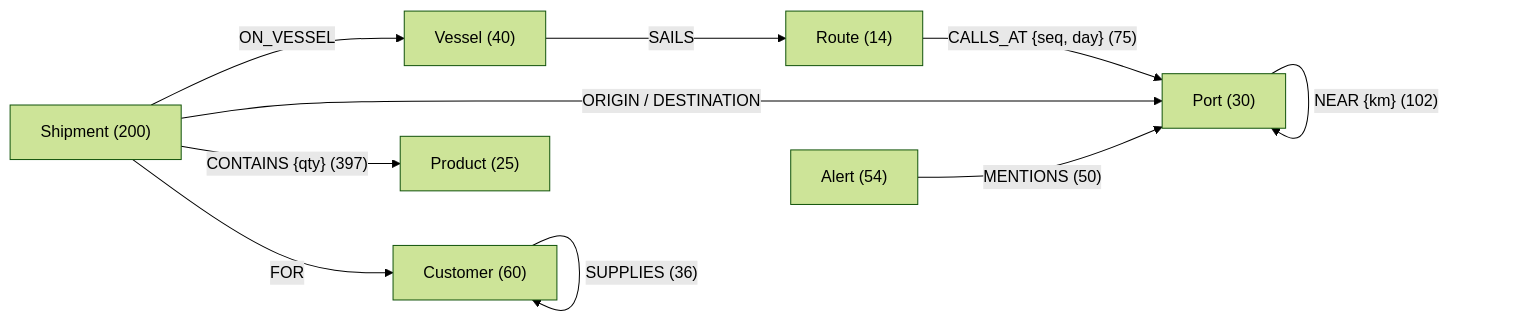
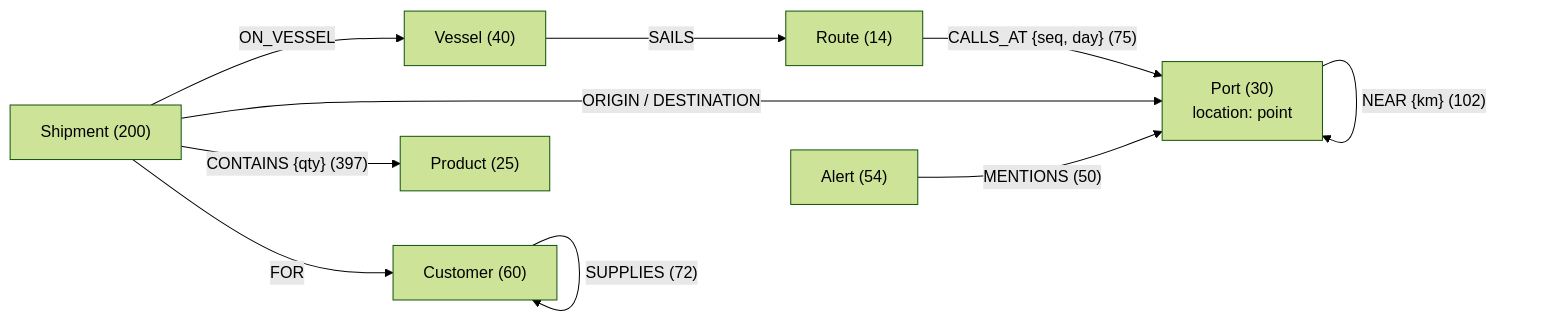
One commit to tballochi/ripple-supply-chain-agent changed the second of 2 diagrams in README.md. Above: the diagram before and after it, drawn with Mermaid (forest theme). The commit also changed other lines of this file and 1 other file, not shown here.

````diff
--- a/README.md
+++ b/README.md
@@ -84,12 +110,12 @@
 ```mermaid
 flowchart LR
     Shipment["Shipment (200)"] -->|ON_VESSEL| Vessel["Vessel (40)"]
     Vessel -->|SAILS| Route["Route (14)"]
-    Route -->|"CALLS_AT {seq, day} (75)"| Port["Port (30)"]
+    Route -->|"CALLS_AT {seq, day} (75)"| Port["Port (30)<br/>location: point"]
     Port -->|"NEAR {km} (102)"| Port
     Shipment -->|ORIGIN / DESTINATION| Port
     Shipment -->|FOR| Customer["Customer (60)"]
-    Customer -->|"SUPPLIES (36)"| Customer
+    Customer -->|"SUPPLIES (72)"| Customer
     Shipment -->|"CONTAINS {qty} (397)"| Product["Product (25)"]
     Alert["Alert (54)"] -->|"MENTIONS (50)"| Port
 ```
````
